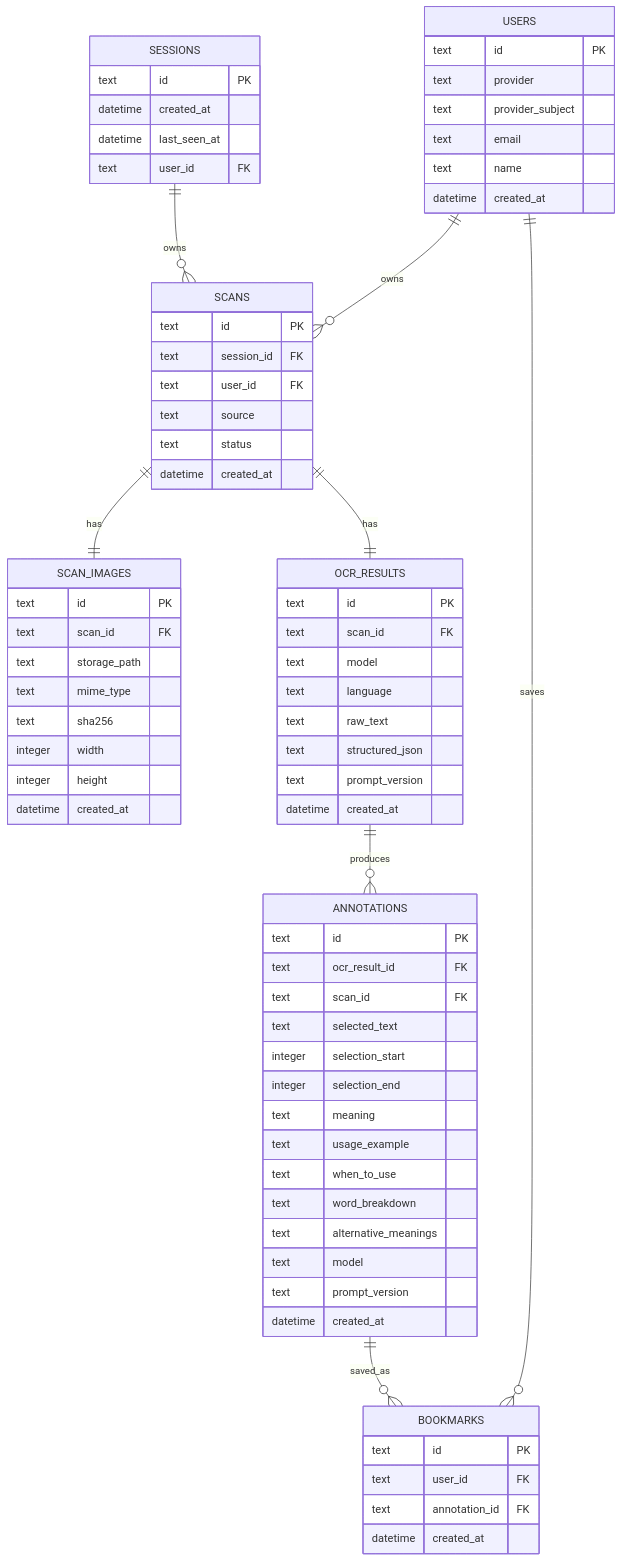
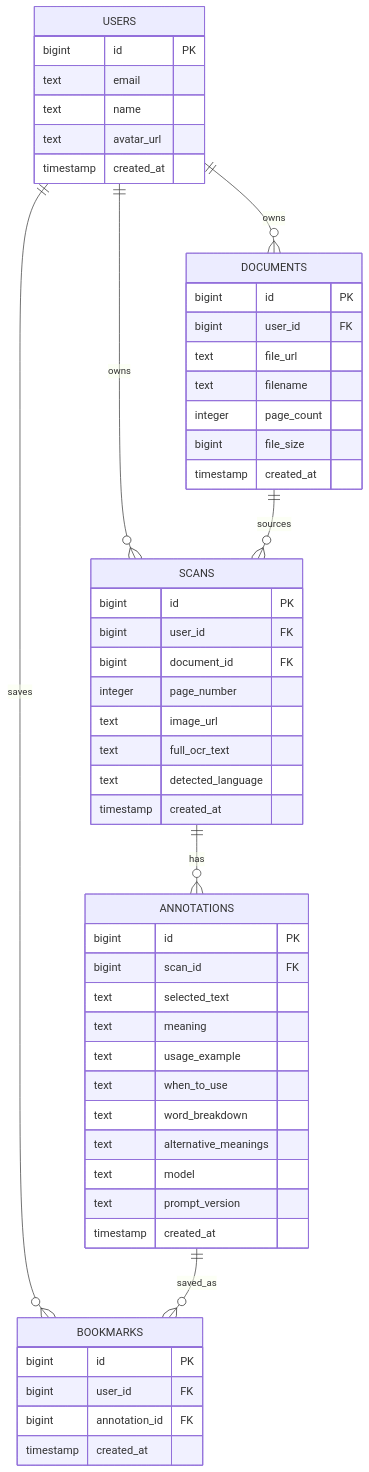
The fifth of 5 diagrams in docs/rfc.md (ventodeco/annota-gemini-hackathon-3), drawn with Mermaid before and after one commit. The commit also changed other lines of this file and 2 other files, not shown here.

````diff
--- a/docs/rfc.md
+++ b/docs/rfc.md
@@ -152,75 +215,55 @@
 ```mermaid
 erDiagram
-  SESSIONS ||--o{ SCANS : owns
   USERS ||--o{ SCANS : owns
-  SCANS ||--|| SCAN_IMAGES : has
-  SCANS ||--|| OCR_RESULTS : has
-  OCR_RESULTS ||--o{ ANNOTATIONS : produces
+  USERS ||--o{ DOCUMENTS : owns
+  DOCUMENTS ||--o{ SCANS : sources
+  SCANS ||--o{ ANNOTATIONS : has
   USERS ||--o{ BOOKMARKS : saves
   ANNOTATIONS ||--o{ BOOKMARKS : saved_as
 
-  SESSIONS {
-    text id PK
-    datetime created_at
-    datetime last_seen_at
-    text user_id FK
-  }
   USERS {
-    text id PK
-    text provider
-    text provider_subject
+    bigint id PK
     text email
     text name
-    datetime created_at
+    text avatar_url
+    timestamp created_at
+  }
+  DOCUMENTS {
+    bigint id PK
+    bigint user_id FK
+    text file_url
+    text filename
+    integer page_count
+    bigint file_size
+    timestamp created_at
   }
   SCANS {
-    text id PK
-    text session_id FK
-    text user_id FK
-    text source
-    text status
-    datetime created_at
-  }
-  SCAN_IMAGES {
-    text id PK
-    text scan_id FK
-    text storage_path
-    text mime_type
-    text sha256
-    integer width
-    integer height
-    datetime created_at
-  }
-  OCR_RESULTS {
-    text id PK
-    text scan_id FK
-    text model
-    text language
-    text raw_text
-    text structured_json
-    text prompt_version
-    datetime created_at
+    bigint id PK
+    bigint user_id FK
+    bigint document_id FK
+    integer page_number
+    text image_url
+    text full_ocr_text
+    text detected_language
+    timestamp created_at
   }
   ANNOTATIONS {
-    text id PK
-    text ocr_result_id FK
-    text scan_id FK
+    bigint id PK
+    bigint scan_id FK
     text selected_text
-    integer selection_start
-    integer selection_end
     text meaning
     text usage_example
     text when_to_use
     text word_breakdown
     text alternative_meanings
     text model
     text prompt_version
-    datetime created_at
+    timestamp created_at
   }
   BOOKMARKS {
-    text id PK
-    text user_id FK
-    text annotation_id FK
-    datetime created_at
+    bigint id PK
+    bigint user_id FK
+    bigint annotation_id FK
+    timestamp created_at
   }
 ```
````
